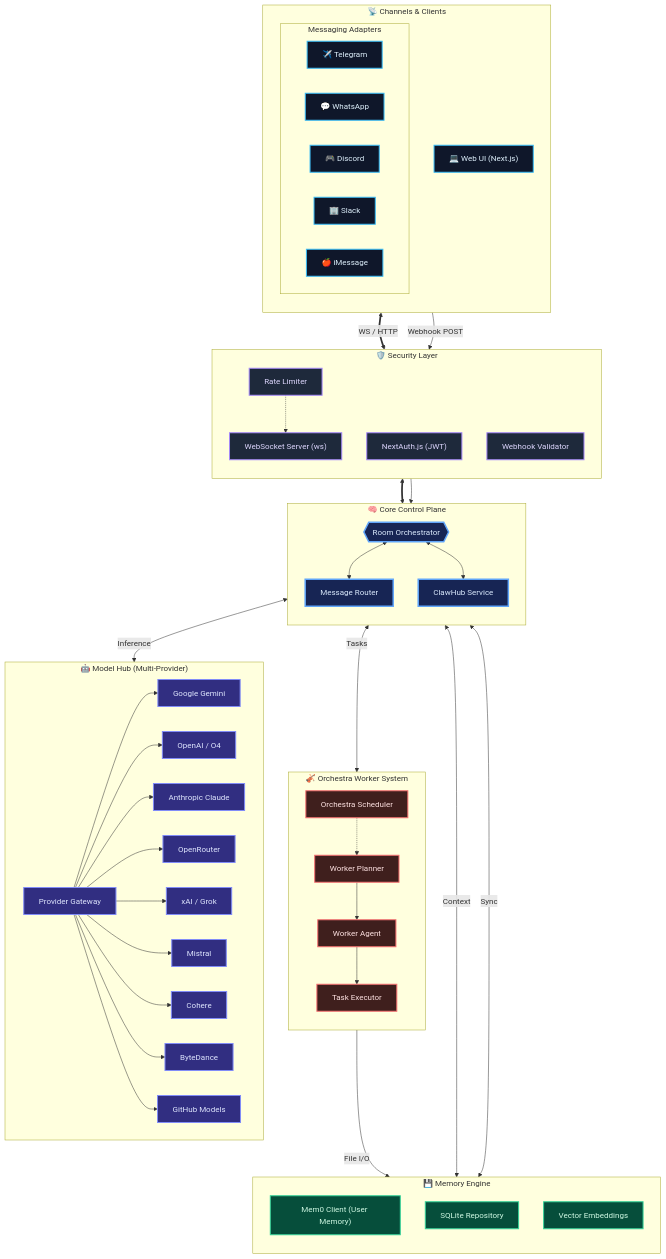
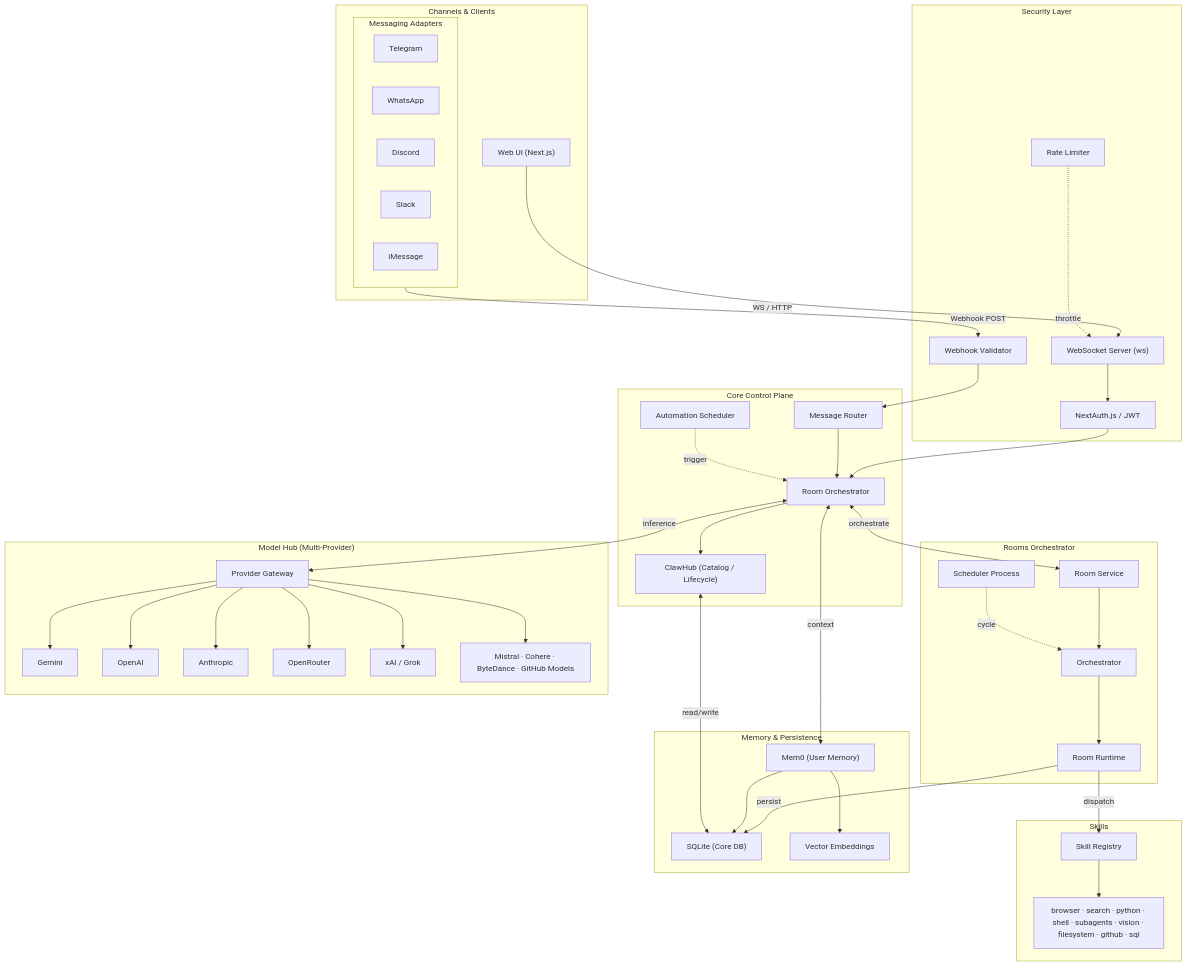
Before and after one commit to meco40/openworker: the diagram in docs/ARCHITECTURE_DIAGRAM.md, drawn with Mermaid. The commit also changed other lines of this file and 57 other files, not shown here.

First line of the commit message:
feat(docs): Add comprehensive documentation updates and runbooks for OpenAI Worker and Worker Orchestra

````diff
--- a/docs/ARCHITECTURE_DIAGRAM.md
+++ b/docs/ARCHITECTURE_DIAGRAM.md
@@ -5,104 +9,99 @@
 ```mermaid
 graph TD
-    %% ─── STYLES ──────────────────────────────────────────────────────────
-    classDef client fill:#0f172a,stroke:#38bdf8,stroke-width:2px,color:#e0f2fe;
-    classDef gateway fill:#1e293b,stroke:#a78bfa,stroke-width:2px,color:#ddd6fe;
-    classDef core fill:#172554,stroke:#60a5fa,stroke-width:3px,color:#dbeafe;
-    classDef worker fill:#3f1f1d,stroke:#f87171,stroke-width:2px,color:#fee2e2;
-    classDef memory fill:#064e3b,stroke:#34d399,stroke-width:2px,color:#d1fae5;
-    classDef ai fill:#312e81,stroke:#818cf8,stroke-width:2px,color:#e0e7ff;
 
-    %% ─── 1. CLIENTS & CHANNELS ───────────────────────────────────────────
-    subgraph Clients ["📡 Channels & Clients"]
-        direction TB
-        Web["💻 Web UI (Next.js)"]:::client
-
-        subgraph Messenger ["Messaging Adapters"]
-            TG["✈️ Telegram"]:::client
-            WA["💬 WhatsApp"]:::client
-            DIS["🎮 Discord"]:::client
-            SL["🏢 Slack"]:::client
-            IM["🍎 iMessage"]:::client
+    %% 1. CHANNELS & CLIENTS
+    subgraph Channels ["Channels & Clients"]
+        Web["Web UI (Next.js)"]
+        subgraph Adapters ["Messaging Adapters"]
+            TG["Telegram"]
+            WA["WhatsApp"]
+            DIS["Discord"]
+            SL["Slack"]
+            IM["iMessage"]
         end
     end
 
-    %% ─── 2. SECURITY GATEWAY ─────────────────────────────────────────────
-    subgraph Gateway ["🛡️ Security Layer"]
-        direction TB
-        WSS["WebSocket Server (ws)"]:::gateway
-        Auth["NextAuth.js (JWT)"]:::gateway
-        Webhook["Webhook Validator"]:::gateway
-        RateLimit["Rate Limiter"]:::gateway
+    %% 2. SECURITY LAYER
+    subgraph Security ["Security Layer"]
+        WSS["WebSocket Server (ws)"]
+        Auth["NextAuth.js / JWT"]
+        Webhook["Webhook Validator"]
+        RateLimit["Rate Limiter"]
     end
 
-    %% ─── 3. CORE SYSTEM ──────────────────────────────────────────────────
-    subgraph Core ["🧠 Core Control Plane"]
-        direction TB
-        RoomOrch{{"Room Orchestrator"}}:::core
-        Router["Message Router"]:::core
-        ClawHub["ClawHub Service"]:::core
-
-        %% Connect internal core components
-        RoomOrch <--> Router
-        RoomOrch <--> ClawHub
+    %% 3. CORE CONTROL PLANE
+    subgraph Core ["Core Control Plane"]
+        Router["Message Router"]
+        RoomOrch["Room Orchestrator"]
+        ClawHub["ClawHub (Catalog / Lifecycle)"]
+        Automation["Automation Scheduler"]
     end
 
-    %% ─── 4. WORKER ORCHESTRA ─────────────────────────────────────────────
-    subgraph Orchestra ["🎻 Orchestra Worker System"]
-        direction TB
-        Planner["Worker Planner"]:::worker
-        Agent["Worker Agent"]:::worker
-        Executor["Task Executor"]:::worker
-        Scheduler["Orchestra Scheduler"]:::worker
-
-        Planner --> Agent --> Executor
-        Scheduler -.-> Planner
+    %% 4. ROOMS ORCHESTRATOR
+    subgraph RoomsSubsystem ["Rooms Orchestrator"]
+        RoomSvc["Room Service"]
+        Orchestrator["Orchestrator"]
+        Runtime["Room Runtime"]
+        Scheduler["Scheduler Process"]
     end
 
-    %% ─── 5. MODEL HUB ────────────────────────────────────────────────────
-    subgraph ModelHub ["🤖 Model Hub (Multi-Provider)"]
-        direction LR
-        ProviderGateway["Provider Gateway"]:::ai
-
-        Gemini["Google Gemini"]:::ai
-        OpenAI["OpenAI / O4"]:::ai
-        Anthropic["Anthropic Claude"]:::ai
-        OpenRouter["OpenRouter"]:::ai
-        xAI["xAI / Grok"]:::ai
-        Mistral["Mistral"]:::ai
-        Cohere["Cohere"]:::ai
-        ByteDance["ByteDance"]:::ai
-        GitHub["GitHub Models"]:::ai
-
-        ProviderGateway --> Gemini & OpenAI & Anthropic & OpenRouter & xAI & Mistral & Cohere & ByteDance & GitHub
+    %% 5. SKILLS
+    subgraph SkillsSystem ["Skills"]
+        SkillRegistry["Skill Registry"]
+        BuiltIn["browser · search · python · shell · subagents · vision · filesystem · github · sql"]
     end
 
-    %% ─── 6. MEMORY SYSTEM ────────────────────────────────────────────────
-    subgraph Memory ["💾 Memory Engine"]
-        direction TB
-        Mem0["Mem0 Client (User Memory)"]:::memory
-        SQLite["SQLite Repository"]:::memory
-        Vectors["Vector Embeddings"]:::memory
+    %% 6. MODEL HUB
+    subgraph ModelHub ["Model Hub (Multi-Provider)"]
+        ProviderGW["Provider Gateway"]
+        Gemini["Gemini"]
+        OpenAI["OpenAI"]
+        Anthropic["Anthropic"]
+        OpenRouter["OpenRouter"]
+        xAI["xAI / Grok"]
+        Others["Mistral · Cohere · ByteDance · GitHub Models"]
     end
 
-    %% ─── CONNECTIONS ─────────────────────────────────────────────────────
+    %% 7. MEMORY & PERSISTENCE
+    subgraph MemoryLayer ["Memory & Persistence"]
+        Mem0["Mem0 (User Memory)"]
+        SQLite["SQLite (Core DB)"]
+        Vectors["Vector Embeddings"]
+    end
 
-    %% Client -> Gateway
-    Web <==>|WS / HTTP| WSS
-    Messenger -->|Webhook POST| Webhook
+    %% --- CONNECTIONS ---
 
-    %% Gateway -> Core
-    WSS <==> RoomOrch
-    Webhook --> Router
-    RateLimit -.-> WSS
+    %% Clients -> Security
+    Web -->|"WS / HTTP"| WSS
+    Adapters -->|"Webhook POST"| Webhook
+    RateLimit -.->|throttle| WSS
 
-    %% Core -> Components
-    RoomOrch <-->|Tasks| Planner
-    RoomOrch <-->|Inference| ProviderGateway
-    RoomOrch <-->|Context| Mem0
-    ClawHub <-->|Sync| SQLite
+    %% Security -> Core
+    WSS --> Auth --> RoomOrch
+    Webhook --> Router --> RoomOrch
 
-    %% Worker Internal
-    Executor -->|File I/O| SQLite
+    %% Core internals
+    RoomOrch <-->|orchestrate| RoomSvc
+    RoomOrch --> ClawHub
+    Automation -.->|trigger| RoomOrch
 
+    %% Rooms subsystem
+    RoomSvc --> Orchestrator --> Runtime
+    Scheduler -.->|cycle| Orchestrator
+
+    %% Runtime -> Skills & Persistence
+    Runtime -->|dispatch| SkillRegistry
+    SkillRegistry --> BuiltIn
+    Runtime -->|persist| SQLite
+
+    %% Core -> Model Hub & Memory
+    RoomOrch <-->|inference| ProviderGW
+    RoomOrch <-->|context| Mem0
+
+    ProviderGW --> Gemini & OpenAI & Anthropic & OpenRouter & xAI & Others
+
+    %% Memory internals
+    Mem0 --> Vectors
+    Mem0 --> SQLite
+    ClawHub <-->|read/write| SQLite
 ```
````
